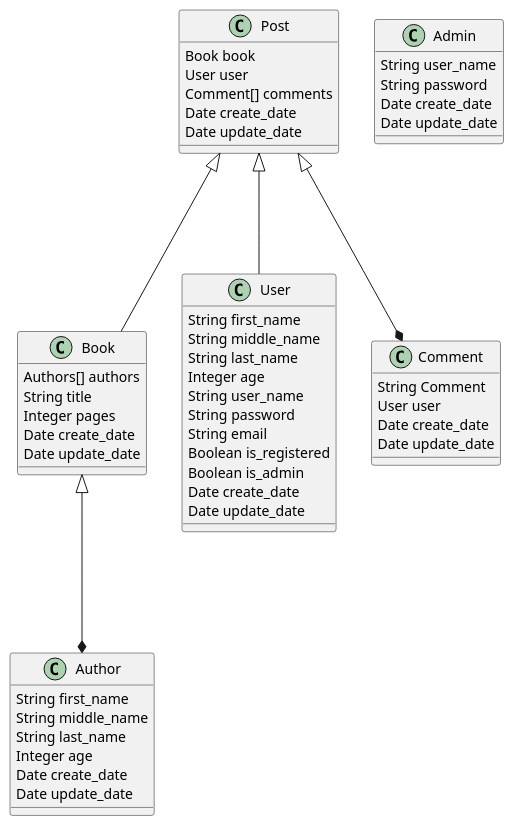
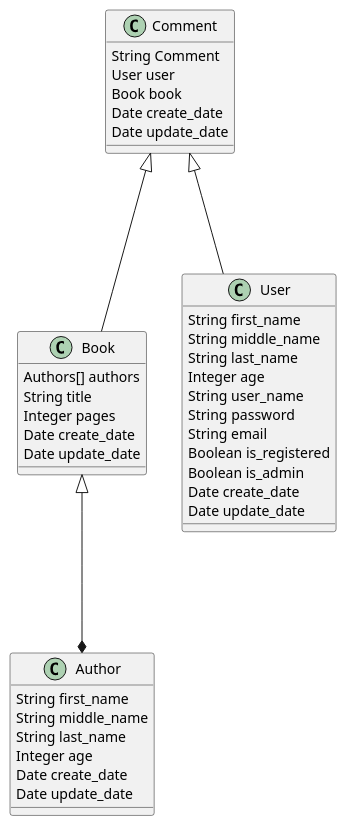
One commit to oanguin/bookface changed the diagram in diagrams/src/database.wsd. Above: the diagram before and after it, drawn with PlantUML. The commit also changed 24 other files, not shown here.

```diff
--- a/diagrams/src/database.wsd
+++ b/diagrams/src/database.wsd
@@ -1,60 +1,46 @@
-@startuml Database Diagram
+@startuml Database_Diagram
 class Author{
     String first_name
     String middle_name
     String last_name
     Integer age
     Date create_date
     Date update_date
 }
 
 class Book{
     Authors[] authors
     String title
     Integer pages
     Date create_date  
     Date update_date
 }
 
 class User{
     String first_name
     String middle_name
     String last_name
     Integer age
     String user_name
     String password
     String email
     Boolean is_registered
     Boolean is_admin
     Date create_date
     Date update_date
 }
 
-class Post{
-    Book book
-    User user
-    Comment[] comments
-    Date create_date
-    Date update_date
-}
-
 class Comment{
     String Comment
     User user
-    Date create_date
-    Date update_date
-}
-
-class Admin{
-    String user_name
-    String password
+    Book book
     Date create_date
     Date update_date
 }
 
 Book<|---*Author
-Post<|---Book
-Post<|---*Comment
-Post<|--- User
+Comment<|---Book
+Comment<|--- User
+
 
 @enduml
```
